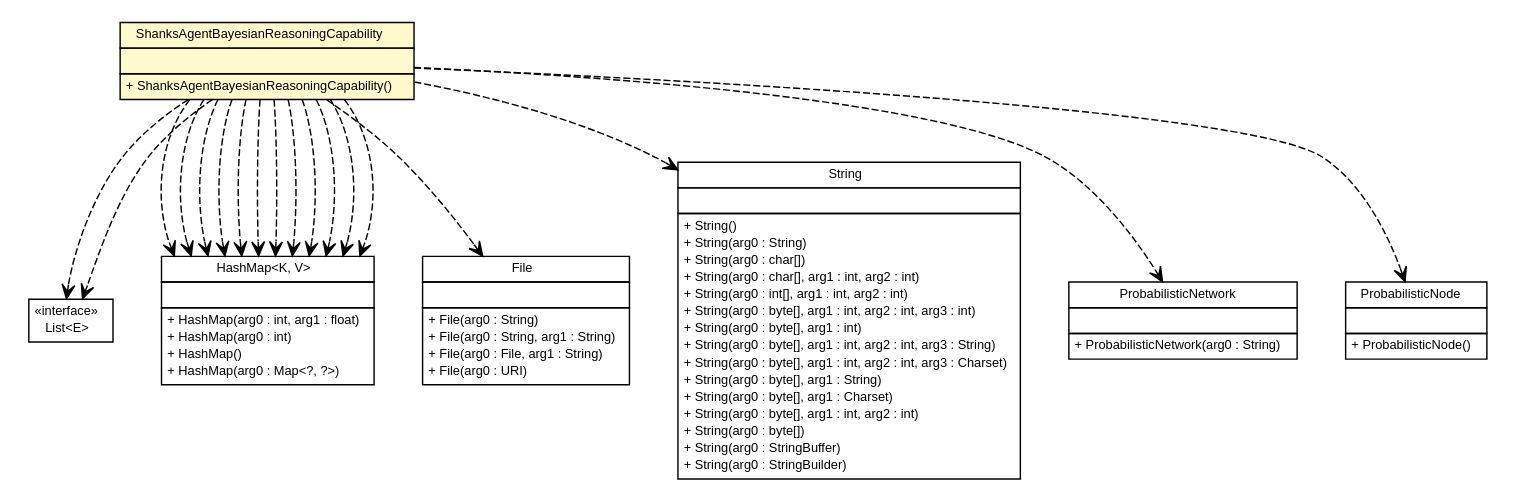
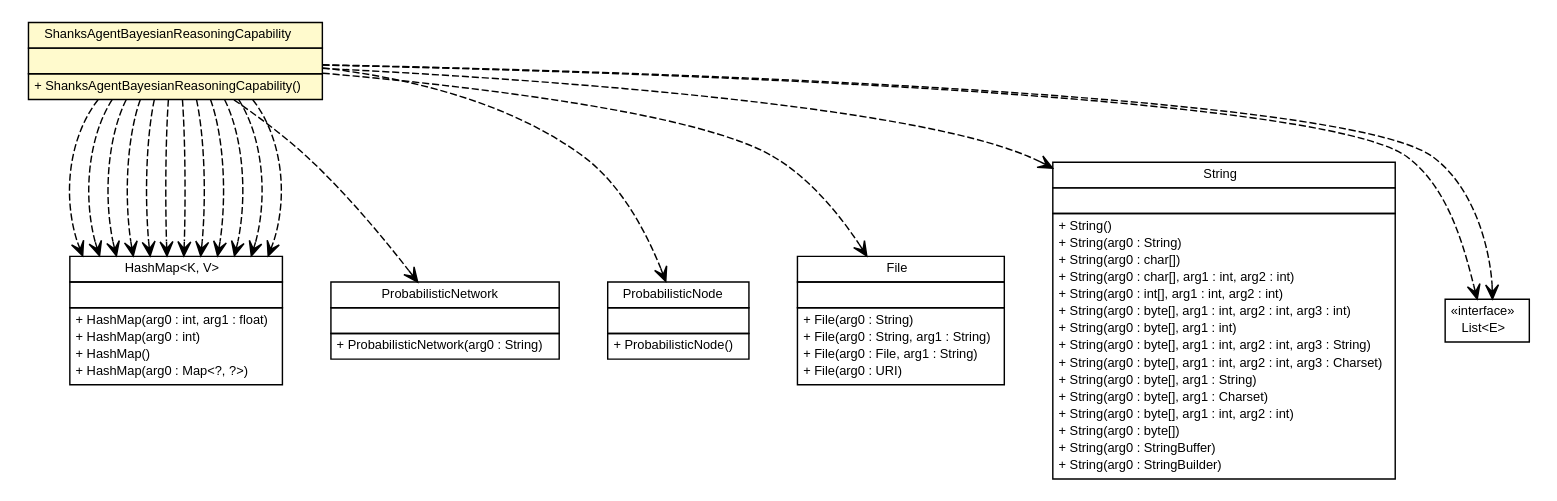
Before and after one commit to gsi-upm/Shanks: the diagram in apidocs/es/upm/dit/gsi/shanks/agent/capability/reasoning/bayes/ShanksAgentBayesianReasoningCapability.dot, drawn with Graphviz. The commit also changed 948 other files, not shown here.

```diff
--- a/apidocs/es/upm/dit/gsi/shanks/agent/capability/reasoning/bayes/ShanksAgentBayesianReasoningCapability.dot
+++ b/apidocs/es/upm/dit/gsi/shanks/agent/capability/reasoning/bayes/ShanksAgentBayesianReasoningCapability.dot
@@ -21,51 +21,51 @@
 <tr><td align="left" balign="left"> + ShanksAgentBayesianReasoningCapability() </td></tr>
 		</table></td></tr>
 		</table>>, fontname="arial", fontcolor="black", fontsize=9.0];
-	// es.upm.dit.gsi.shanks.agent.capability.reasoning.bayes.ShanksAgentBayesianReasoningCapability DEPEND java.util.List<E>
+	// es.upm.dit.gsi.shanks.agent.capability.reasoning.bayes.ShanksAgentBayesianReasoningCapability DEPEND java.util.HashMap<K, V>
+	c3228:p -> c3293:p [taillabel="", label="", headlabel="", fontname="arial", fontcolor="black", fontsize=10.0, color="black", arrowhead=open, style=dashed];
+	// es.upm.dit.gsi.shanks.agent.capability.reasoning.bayes.ShanksAgentBayesianReasoningCapability DEPEND unbbayes.prs.bn.ProbabilisticNetwork
+	c3228:p -> c3295:p [taillabel="", label="", headlabel="", fontname="arial", fontcolor="black", fontsize=10.0, color="black", arrowhead=open, style=dashed];
+	// es.upm.dit.gsi.shanks.agent.capability.reasoning.bayes.ShanksAgentBayesianReasoningCapability DEPEND unbbayes.prs.bn.ProbabilisticNode
+	c3228:p -> c3299:p [taillabel="", label="", headlabel="", fontname="arial", fontcolor="black", fontsize=10.0, color="black", arrowhead=open, style=dashed];
+	// es.upm.dit.gsi.shanks.agent.capability.reasoning.bayes.ShanksAgentBayesianReasoningCapability DEPEND java.util.HashMap<K, V>
 	c3228:p -> c3293:p [taillabel="", label="", headlabel="", fontname="arial", fontcolor="black", fontsize=10.0, color="black", arrowhead=open, style=dashed];
 	// es.upm.dit.gsi.shanks.agent.capability.reasoning.bayes.ShanksAgentBayesianReasoningCapability DEPEND java.util.HashMap<K, V>
-	c3228:p -> c3294:p [taillabel="", label="", headlabel="", fontname="arial", fontcolor="black", fontsize=10.0, color="black", arrowhead=open, style=dashed];
-	// es.upm.dit.gsi.shanks.agent.capability.reasoning.bayes.ShanksAgentBayesianReasoningCapability DEPEND java.io.File
-	c3228:p -> c3297:p [taillabel="", label="", headlabel="", fontname="arial", fontcolor="black", fontsize=10.0, color="black", arrowhead=open, style=dashed];
-	// es.upm.dit.gsi.shanks.agent.capability.reasoning.bayes.ShanksAgentBayesianReasoningCapability DEPEND java.util.HashMap<K, V>
-	c3228:p -> c3294:p [taillabel="", label="", headlabel="", fontname="arial", fontcolor="black", fontsize=10.0, color="black", arrowhead=open, style=dashed];
-	// es.upm.dit.gsi.shanks.agent.capability.reasoning.bayes.ShanksAgentBayesianReasoningCapability DEPEND java.util.HashMap<K, V>
-	c3228:p -> c3294:p [taillabel="", label="", headlabel="", fontname="arial", fontcolor="black", fontsize=10.0, color="black", arrowhead=open, style=dashed];
-	// es.upm.dit.gsi.shanks.agent.capability.reasoning.bayes.ShanksAgentBayesianReasoningCapability DEPEND java.util.HashMap<K, V>
-	c3228:p -> c3294:p [taillabel="", label="", headlabel="", fontname="arial", fontcolor="black", fontsize=10.0, color="black", arrowhead=open, style=dashed];
-	// es.upm.dit.gsi.shanks.agent.capability.reasoning.bayes.ShanksAgentBayesianReasoningCapability DEPEND java.lang.String
-	c3228:p -> c3298:p [taillabel="", label="", headlabel="", fontname="arial", fontcolor="black", fontsize=10.0, color="black", arrowhead=open, style=dashed];
-	// es.upm.dit.gsi.shanks.agent.capability.reasoning.bayes.ShanksAgentBayesianReasoningCapability DEPEND java.util.HashMap<K, V>
-	c3228:p -> c3294:p [taillabel="", label="", headlabel="", fontname="arial", fontcolor="black", fontsize=10.0, color="black", arrowhead=open, style=dashed];
-	// es.upm.dit.gsi.shanks.agent.capability.reasoning.bayes.ShanksAgentBayesianReasoningCapability DEPEND java.util.HashMap<K, V>
-	c3228:p -> c3294:p [taillabel="", label="", headlabel="", fontname="arial", fontcolor="black", fontsize=10.0, color="black", arrowhead=open, style=dashed];
-	// es.upm.dit.gsi.shanks.agent.capability.reasoning.bayes.ShanksAgentBayesianReasoningCapability DEPEND java.util.List<E>
 	c3228:p -> c3293:p [taillabel="", label="", headlabel="", fontname="arial", fontcolor="black", fontsize=10.0, color="black", arrowhead=open, style=dashed];
 	// es.upm.dit.gsi.shanks.agent.capability.reasoning.bayes.ShanksAgentBayesianReasoningCapability DEPEND java.util.HashMap<K, V>
-	c3228:p -> c3294:p [taillabel="", label="", headlabel="", fontname="arial", fontcolor="black", fontsize=10.0, color="black", arrowhead=open, style=dashed];
-	// es.upm.dit.gsi.shanks.agent.capability.reasoning.bayes.ShanksAgentBayesianReasoningCapability DEPEND unbbayes.prs.bn.ProbabilisticNetwork
-	c3228:p -> c3300:p [taillabel="", label="", headlabel="", fontname="arial", fontcolor="black", fontsize=10.0, color="black", arrowhead=open, style=dashed];
-	// es.upm.dit.gsi.shanks.agent.capability.reasoning.bayes.ShanksAgentBayesianReasoningCapability DEPEND unbbayes.prs.bn.ProbabilisticNode
+	c3228:p -> c3293:p [taillabel="", label="", headlabel="", fontname="arial", fontcolor="black", fontsize=10.0, color="black", arrowhead=open, style=dashed];
+	// es.upm.dit.gsi.shanks.agent.capability.reasoning.bayes.ShanksAgentBayesianReasoningCapability DEPEND java.util.HashMap<K, V>
+	c3228:p -> c3293:p [taillabel="", label="", headlabel="", fontname="arial", fontcolor="black", fontsize=10.0, color="black", arrowhead=open, style=dashed];
+	// es.upm.dit.gsi.shanks.agent.capability.reasoning.bayes.ShanksAgentBayesianReasoningCapability DEPEND java.util.HashMap<K, V>
+	c3228:p -> c3293:p [taillabel="", label="", headlabel="", fontname="arial", fontcolor="black", fontsize=10.0, color="black", arrowhead=open, style=dashed];
+	// es.upm.dit.gsi.shanks.agent.capability.reasoning.bayes.ShanksAgentBayesianReasoningCapability DEPEND java.io.File
+	c3228:p -> c3302:p [taillabel="", label="", headlabel="", fontname="arial", fontcolor="black", fontsize=10.0, color="black", arrowhead=open, style=dashed];
+	// es.upm.dit.gsi.shanks.agent.capability.reasoning.bayes.ShanksAgentBayesianReasoningCapability DEPEND java.util.HashMap<K, V>
+	c3228:p -> c3293:p [taillabel="", label="", headlabel="", fontname="arial", fontcolor="black", fontsize=10.0, color="black", arrowhead=open, style=dashed];
+	// es.upm.dit.gsi.shanks.agent.capability.reasoning.bayes.ShanksAgentBayesianReasoningCapability DEPEND java.util.HashMap<K, V>
+	c3228:p -> c3293:p [taillabel="", label="", headlabel="", fontname="arial", fontcolor="black", fontsize=10.0, color="black", arrowhead=open, style=dashed];
+	// es.upm.dit.gsi.shanks.agent.capability.reasoning.bayes.ShanksAgentBayesianReasoningCapability DEPEND java.lang.String
+	c3228:p -> c3303:p [taillabel="", label="", headlabel="", fontname="arial", fontcolor="black", fontsize=10.0, color="black", arrowhead=open, style=dashed];
+	// es.upm.dit.gsi.shanks.agent.capability.reasoning.bayes.ShanksAgentBayesianReasoningCapability DEPEND java.util.HashMap<K, V>
+	c3228:p -> c3293:p [taillabel="", label="", headlabel="", fontname="arial", fontcolor="black", fontsize=10.0, color="black", arrowhead=open, style=dashed];
+	// es.upm.dit.gsi.shanks.agent.capability.reasoning.bayes.ShanksAgentBayesianReasoningCapability DEPEND java.util.HashMap<K, V>
+	c3228:p -> c3293:p [taillabel="", label="", headlabel="", fontname="arial", fontcolor="black", fontsize=10.0, color="black", arrowhead=open, style=dashed];
+	// es.upm.dit.gsi.shanks.agent.capability.reasoning.bayes.ShanksAgentBayesianReasoningCapability DEPEND java.util.List<E>
 	c3228:p -> c3304:p [taillabel="", label="", headlabel="", fontname="arial", fontcolor="black", fontsize=10.0, color="black", arrowhead=open, style=dashed];
 	// es.upm.dit.gsi.shanks.agent.capability.reasoning.bayes.ShanksAgentBayesianReasoningCapability DEPEND java.util.HashMap<K, V>
-	c3228:p -> c3294:p [taillabel="", label="", headlabel="", fontname="arial", fontcolor="black", fontsize=10.0, color="black", arrowhead=open, style=dashed];
+	c3228:p -> c3293:p [taillabel="", label="", headlabel="", fontname="arial", fontcolor="black", fontsize=10.0, color="black", arrowhead=open, style=dashed];
 	// es.upm.dit.gsi.shanks.agent.capability.reasoning.bayes.ShanksAgentBayesianReasoningCapability DEPEND java.util.HashMap<K, V>
-	c3228:p -> c3294:p [taillabel="", label="", headlabel="", fontname="arial", fontcolor="black", fontsize=10.0, color="black", arrowhead=open, style=dashed];
-	// es.upm.dit.gsi.shanks.agent.capability.reasoning.bayes.ShanksAgentBayesianReasoningCapability DEPEND java.util.HashMap<K, V>
-	c3228:p -> c3294:p [taillabel="", label="", headlabel="", fontname="arial", fontcolor="black", fontsize=10.0, color="black", arrowhead=open, style=dashed];
-	// es.upm.dit.gsi.shanks.agent.capability.reasoning.bayes.ShanksAgentBayesianReasoningCapability DEPEND java.util.HashMap<K, V>
-	c3228:p -> c3294:p [taillabel="", label="", headlabel="", fontname="arial", fontcolor="black", fontsize=10.0, color="black", arrowhead=open, style=dashed];
-	// es.upm.dit.gsi.shanks.agent.capability.reasoning.bayes.ShanksAgentBayesianReasoningCapability DEPEND java.util.HashMap<K, V>
-	c3228:p -> c3294:p [taillabel="", label="", headlabel="", fontname="arial", fontcolor="black", fontsize=10.0, color="black", arrowhead=open, style=dashed];
+	c3228:p -> c3293:p [taillabel="", label="", headlabel="", fontname="arial", fontcolor="black", fontsize=10.0, color="black", arrowhead=open, style=dashed];
+	// es.upm.dit.gsi.shanks.agent.capability.reasoning.bayes.ShanksAgentBayesianReasoningCapability DEPEND java.util.List<E>
+	c3228:p -> c3304:p [taillabel="", label="", headlabel="", fontname="arial", fontcolor="black", fontsize=10.0, color="black", arrowhead=open, style=dashed];
 	// java.util.List<E>
-	c3293 [label=<<table title="java.util.List" border="0" cellborder="1" cellspacing="0" cellpadding="2" port="p" href="http://java.sun.com/j2se/1.4.2/docs/api/java/util/List.html">
+	c3304 [label=<<table title="java.util.List" border="0" cellborder="1" cellspacing="0" cellpadding="2" port="p" href="http://java.sun.com/j2se/1.4.2/docs/api/java/util/List.html">
 		<tr><td><table border="0" cellspacing="0" cellpadding="1">
 <tr><td align="center" balign="center"> &#171;interface&#187; </td></tr>
 <tr><td align="center" balign="center"> List&lt;E&gt; </td></tr>
 		</table></td></tr>
 		</table>>, fontname="arial", fontcolor="black", fontsize=9.0];
 	// java.io.File
-	c3297 [label=<<table title="java.io.File" border="0" cellborder="1" cellspacing="0" cellpadding="2" port="p" href="http://java.sun.com/j2se/1.4.2/docs/api/java/io/File.html">
+	c3302 [label=<<table title="java.io.File" border="0" cellborder="1" cellspacing="0" cellpadding="2" port="p" href="http://java.sun.com/j2se/1.4.2/docs/api/java/io/File.html">
 		<tr><td><table border="0" cellspacing="0" cellpadding="1">
 <tr><td align="center" balign="center"> File </td></tr>
 		</table></td></tr>
@@ -80,7 +80,7 @@
 		</table></td></tr>
 		</table>>, fontname="arial", fontcolor="black", fontsize=9.0];
 	// unbbayes.prs.bn.ProbabilisticNode
-	c3304 [label=<<table title="unbbayes.prs.bn.ProbabilisticNode" border="0" cellborder="1" cellspacing="0" cellpadding="2" port="p" href="http://java.sun.com/j2se/1.4.2/docs/api/unbbayes/prs/bn/ProbabilisticNode.html">
+	c3299 [label=<<table title="unbbayes.prs.bn.ProbabilisticNode" border="0" cellborder="1" cellspacing="0" cellpadding="2" port="p" href="http://java.sun.com/j2se/1.4.2/docs/api/unbbayes/prs/bn/ProbabilisticNode.html">
 		<tr><td><table border="0" cellspacing="0" cellpadding="1">
 <tr><td align="center" balign="center"> ProbabilisticNode </td></tr>
 		</table></td></tr>
@@ -92,7 +92,7 @@
 		</table></td></tr>
 		</table>>, fontname="arial", fontcolor="black", fontsize=9.0];
 	// java.util.HashMap<K, V>
-	c3294 [label=<<table title="java.util.HashMap" border="0" cellborder="1" cellspacing="0" cellpadding="2" port="p" href="http://java.sun.com/j2se/1.4.2/docs/api/java/util/HashMap.html">
+	c3293 [label=<<table title="java.util.HashMap" border="0" cellborder="1" cellspacing="0" cellpadding="2" port="p" href="http://java.sun.com/j2se/1.4.2/docs/api/java/util/HashMap.html">
 		<tr><td><table border="0" cellspacing="0" cellpadding="1">
 <tr><td align="center" balign="center"> HashMap&lt;K, V&gt; </td></tr>
 		</table></td></tr>
@@ -107,7 +107,7 @@
 		</table></td></tr>
 		</table>>, fontname="arial", fontcolor="black", fontsize=9.0];
 	// unbbayes.prs.bn.ProbabilisticNetwork
-	c3300 [label=<<table title="unbbayes.prs.bn.ProbabilisticNetwork" border="0" cellborder="1" cellspacing="0" cellpadding="2" port="p" href="http://java.sun.com/j2se/1.4.2/docs/api/unbbayes/prs/bn/ProbabilisticNetwork.html">
+	c3295 [label=<<table title="unbbayes.prs.bn.ProbabilisticNetwork" border="0" cellborder="1" cellspacing="0" cellpadding="2" port="p" href="http://java.sun.com/j2se/1.4.2/docs/api/unbbayes/prs/bn/ProbabilisticNetwork.html">
 		<tr><td><table border="0" cellspacing="0" cellpadding="1">
 <tr><td align="center" balign="center"> ProbabilisticNetwork </td></tr>
 		</table></td></tr>
@@ -119,7 +119,7 @@
 		</table></td></tr>
 		</table>>, fontname="arial", fontcolor="black", fontsize=9.0];
 	// java.lang.String
-	c3298 [label=<<table title="java.lang.String" border="0" cellborder="1" cellspacing="0" cellpadding="2" port="p" href="http://java.sun.com/j2se/1.4.2/docs/api/java/lang/String.html">
+	c3303 [label=<<table title="java.lang.String" border="0" cellborder="1" cellspacing="0" cellpadding="2" port="p" href="http://java.sun.com/j2se/1.4.2/docs/api/java/lang/String.html">
 		<tr><td><table border="0" cellspacing="0" cellpadding="1">
 <tr><td align="center" balign="center"> String </td></tr>
 		</table></td></tr>
```
